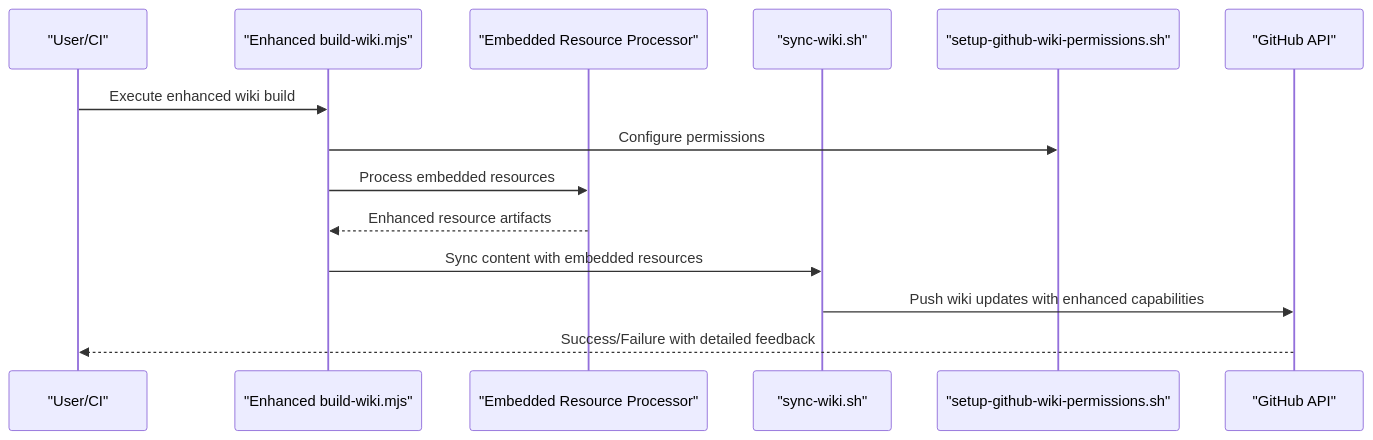
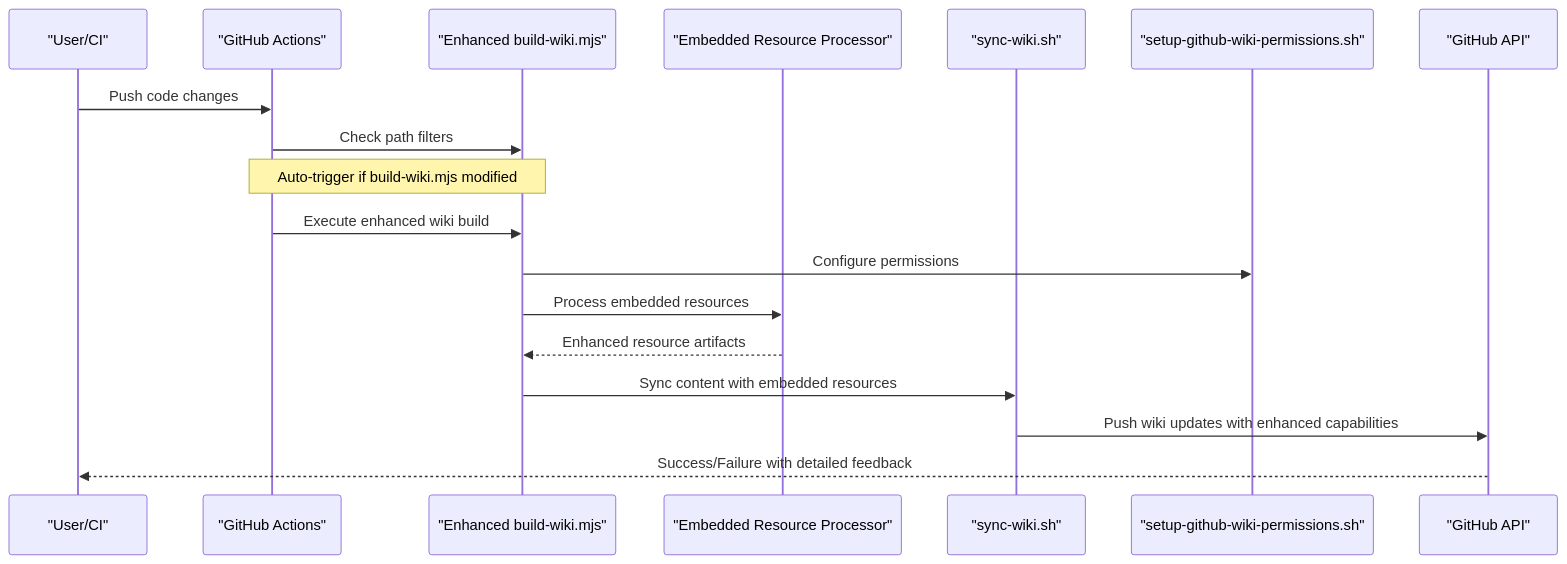
The fourth of 9 diagrams in .qoder/repowiki/en/content/Contributing and Development/Build Automation and Wiki Management.md (debian777/kairos-mcp), drawn with Mermaid before and after one commit. The commit also changed other lines of this file and 18 other files, not shown here.

````diff
--- a/.qoder/repowiki/en/content/Contributing and Development/Build Automation and Wiki Management.md
+++ b/.qoder/repowiki/en/content/Contributing and Development/Build Automation and Wiki Management.md
@@ -245,16 +256,20 @@
 ```mermaid
 sequenceDiagram
 participant User as "User/CI"
+participant GHA as "GitHub Actions"
 participant BuildWiki as "Enhanced build-wiki.mjs"
 participant EmbedRes as "Embedded Resource Processor"
 participant Sync as "sync-wiki.sh"
 participant Perms as "setup-github-wiki-permissions.sh"
 participant GH as "GitHub API"
-User->>BuildWiki : Execute enhanced wiki build
+User->>GHA : Push code changes
+GHA->>BuildWiki : Check path filters
+Note over GHA,BuildWiki : Auto-trigger if build-wiki.mjs modified
+GHA->>BuildWiki : Execute enhanced wiki build
 BuildWiki->>Perms : Configure permissions
 BuildWiki->>EmbedRes : Process embedded resources
 EmbedRes-->>BuildWiki : Enhanced resource artifacts
 BuildWiki->>Sync : Sync content with embedded resources
 Sync->>GH : Push wiki updates with enhanced capabilities
 GH-->>User : Success/Failure with detailed feedback
 ```
````
